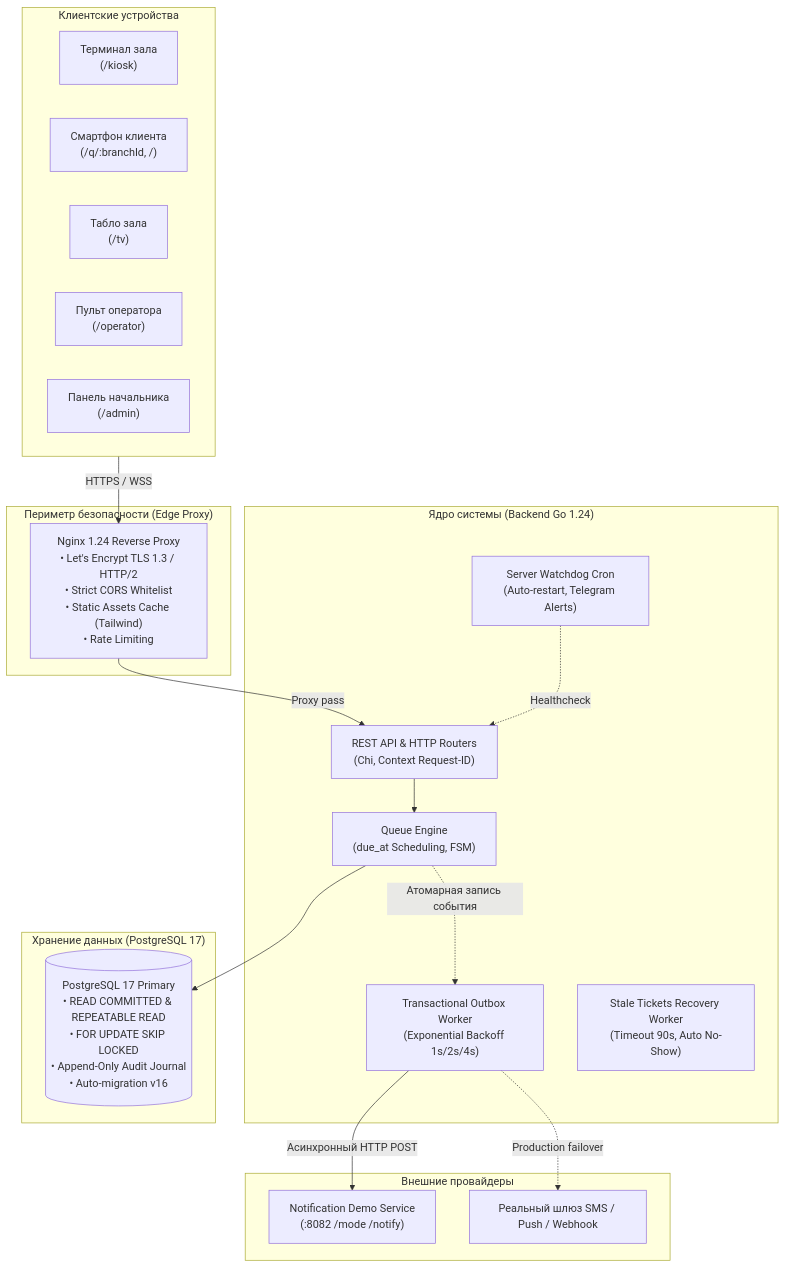
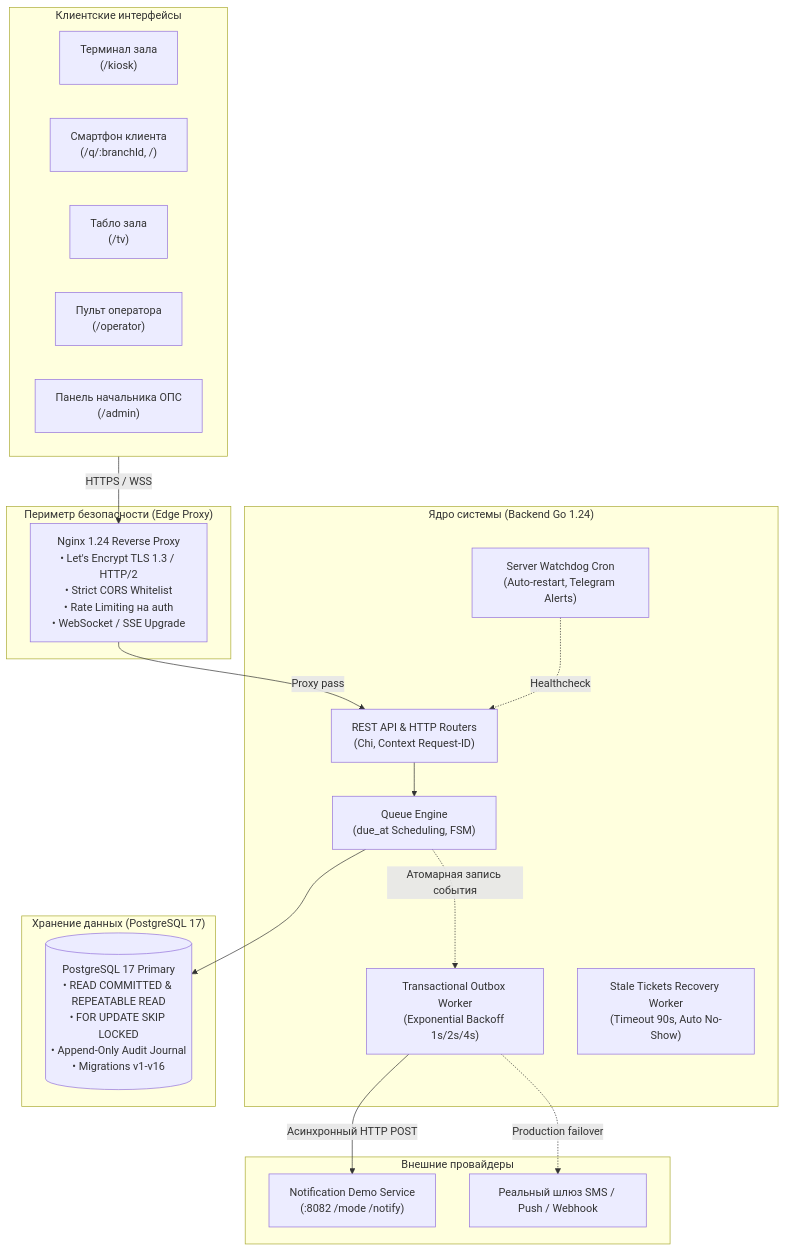
Before and after one commit to Shoto373/russian-post-digital-queue: the first of 2 diagrams in README.md, drawn with Mermaid. The commit also changed other lines of this file and 2 other files, not shown here.

````diff
--- a/README.md
+++ b/README.md
@@ -82,40 +87,40 @@
 ```mermaid
 flowchart TD
-    subgraph Clients["Клиентские устройства"]
+    subgraph Clients["Клиентские интерфейсы"]
         Kiosk["Терминал зала\n(/kiosk)"]
         Mobile["Смартфон клиента\n(/q/:branchId, /)"]
         TV["Табло зала\n(/tv)"]
         OpDesk["Пульт оператора\n(/operator)"]
-        AdminDesk["Панель начальника\n(/admin)"]
+        AdminDesk["Панель начальника ОПС\n(/admin)"]
     end
 
     subgraph Edge["Периметр безопасности (Edge Proxy)"]
-        Nginx["Nginx 1.24 Reverse Proxy\n• Let's Encrypt TLS 1.3 / HTTP/2\n• Strict CORS Whitelist\n• Static Assets Cache (Tailwind)\n• Rate Limiting"]
+        Nginx["Nginx 1.24 Reverse Proxy\n• Let's Encrypt TLS 1.3 / HTTP/2\n• Strict CORS Whitelist\n• Rate Limiting на auth\n• WebSocket / SSE Upgrade"]
     end
 
     subgraph Core["Ядро системы (Backend Go 1.24)"]
         API["REST API & HTTP Routers\n(Chi, Context Request-ID)"]
         Engine["Queue Engine\n(due_at Scheduling, FSM)"]
         OutboxDispatcher["Transactional Outbox Worker\n(Exponential Backoff 1s/2s/4s)"]
         RecoveryWorker["Stale Tickets Recovery Worker\n(Timeout 90s, Auto No-Show)"]
         Watchdog["Server Watchdog Cron\n(Auto-restart, Telegram Alerts)"]
     end
 
     subgraph Persistence["Хранение данных (PostgreSQL 17)"]
-        DB[(PostgreSQL 17 Primary\n• READ COMMITTED & REPEATABLE READ\n• FOR UPDATE SKIP LOCKED\n• Append-Only Audit Journal\n• Auto-migration v16)]
+        DB[(PostgreSQL 17 Primary\n• READ COMMITTED & REPEATABLE READ\n• FOR UPDATE SKIP LOCKED\n• Append-Only Audit Journal\n• Migrations v1-v16)]
     end
 
     subgraph Providers["Внешние провайдеры"]
         NotifyMock["Notification Demo Service\n(:8082 /mode /notify)"]
         ExtGateway["Реальный шлюз SMS / Push / Webhook"]
     end
 
     Clients -->|HTTPS / WSS| Nginx
     Nginx -->|Proxy pass| API
     API --> Engine
     Engine --> DB
     Engine -.->|Атомарная запись события| OutboxDispatcher
     OutboxDispatcher -->|Асинхронный HTTP POST| NotifyMock
     OutboxDispatcher -.->|Production failover| ExtGateway
     Watchdog -.->|Healthcheck| API
 ```
````
